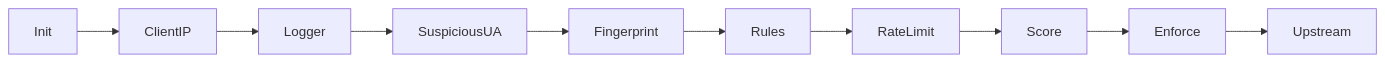
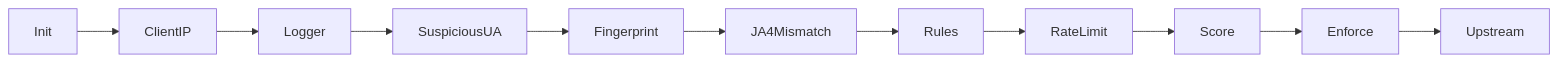
The second of 7 diagrams in README.md (fharias/guardian-scrapy), drawn with Mermaid before and after one commit. The commit also changed other lines of this file, not shown here.

````diff
--- a/README.md
+++ b/README.md
@@ -55,4 +55,4 @@
 ```mermaid
 flowchart LR
-  init[Init] --> ip[ClientIP] --> logger[Logger] --> ua[SuspiciousUA] --> fp[Fingerprint] --> rules[Rules] --> limite[RateLimit] --> score[Score] --> enforce[Enforce] --> origen[Upstream]
+  init[Init] --> ip[ClientIP] --> logger[Logger] --> ua[SuspiciousUA] --> fp[Fingerprint] --> ja4[JA4Mismatch] --> rules[Rules] --> limite[RateLimit] --> score[Score] --> enforce[Enforce] --> origen[Upstream]
 ```
````
